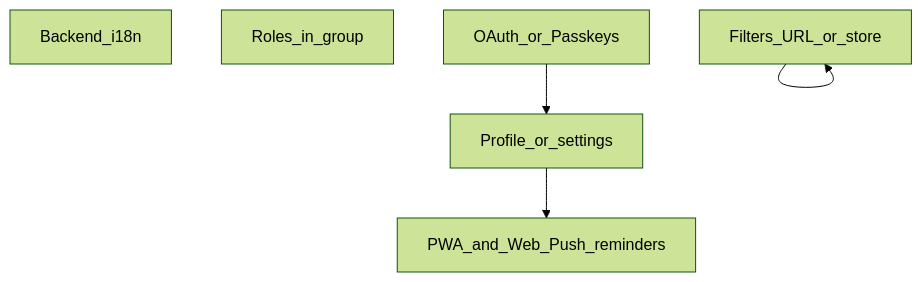
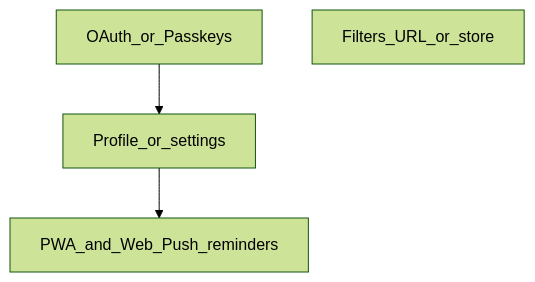
The diagram in docs/ROADMAP.md (TemaGolovin/finance-track-front), drawn with Mermaid (forest theme) before and after one commit. The commit also changed other lines of this file and 3 other files, not shown here.

Commit message:
docs: update ROADMAP to reflect completed tasks and restructured priorities, including i18n backend implementation and adjustments to backlog items

````diff
--- a/docs/ROADMAP.md
+++ b/docs/ROADMAP.md
@@ -135,13 +118,10 @@
 ```mermaid
 flowchart TD
-  i18n[Backend_i18n]
-  roles[Roles_in_group]
   auth[OAuth_or_Passkeys]
   profile[Profile_or_settings]
   pwa[PWA_and_Web_Push_reminders]
   filters[Filters_URL_or_store]
 
   auth --> profile
   profile --> pwa
-  filters --> filters
 ```
````
